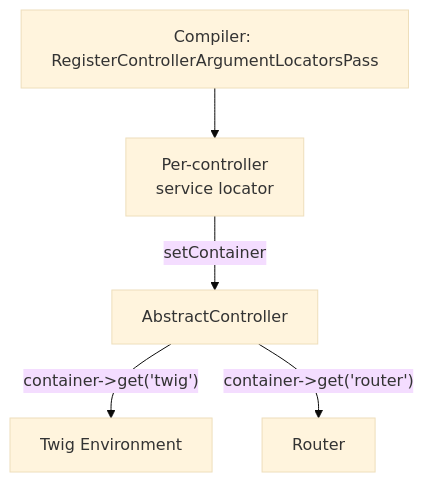
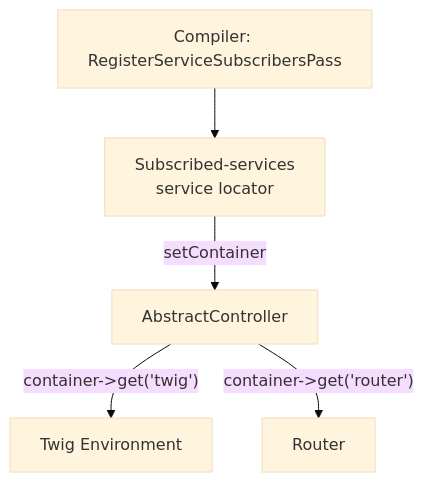
Before and after one commit to jasseryah-mazars/Sf-8.0: the diagram in docs/controllers/abstract-controller.md, drawn with Mermaid (base theme). The commit also changed other lines of this file, not shown here.

First line of the commit message:
docs: enhancement pass — controllers TL;DRs + fact-check

````diff
--- a/docs/controllers/abstract-controller.md
+++ b/docs/controllers/abstract-controller.md
@@ -91,7 +91,7 @@
 ```mermaid
 flowchart TD
-    C[Compiler: RegisterControllerArgumentLocatorsPass] --> L[Per-controller<br>service locator]
+    C[Compiler: RegisterServiceSubscribersPass] --> L[Subscribed-services<br>service locator]
     L -->|setContainer| A[AbstractController]
     A -->|"container->get('twig')"| T[Twig Environment]
     A -->|"container->get('router')"| R[Router]
 ```
````
